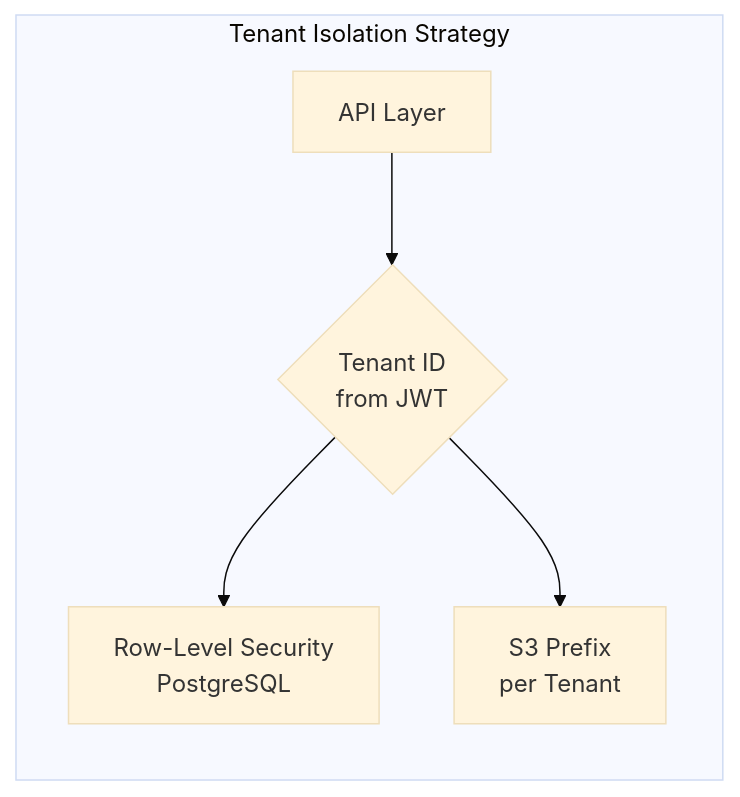
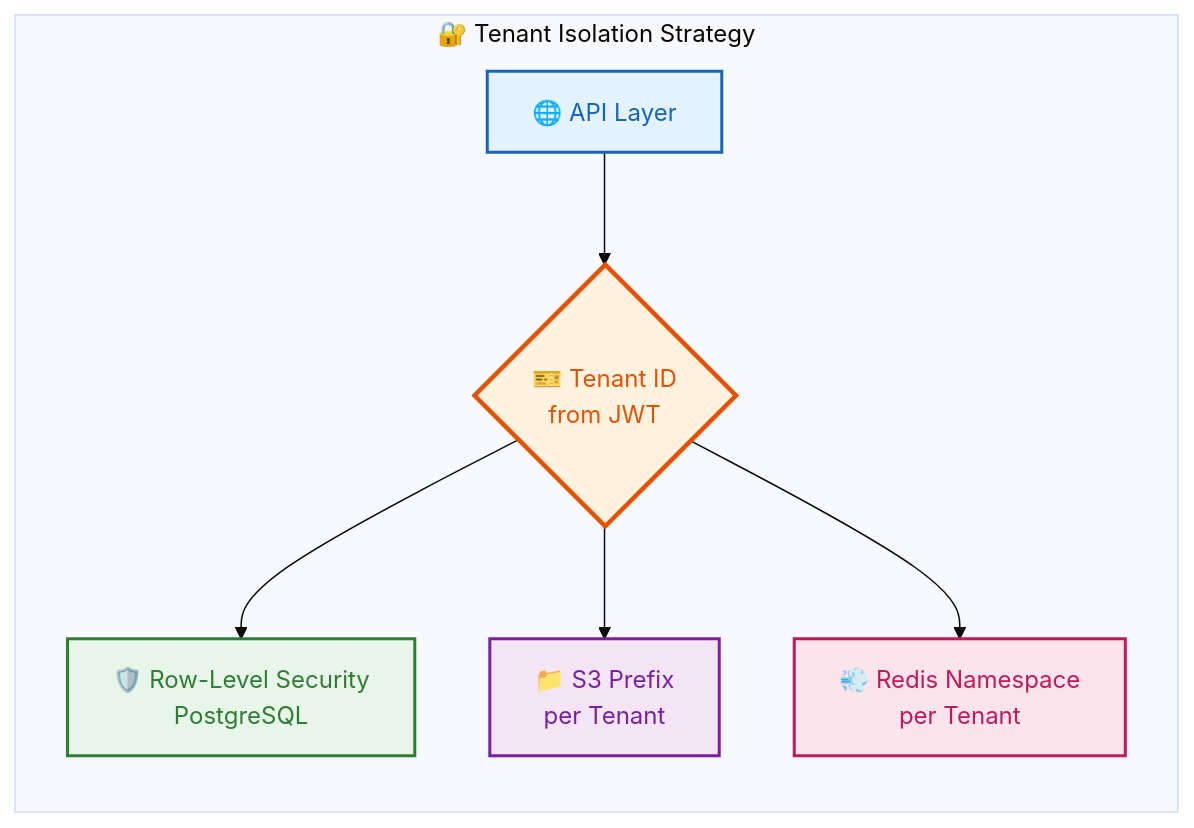
The second of 3 diagrams in docs/01-system-architecture/README.md (nugehs/ai-reclaim-m0), drawn with Mermaid (base theme) before and after one commit. The commit also changed other lines of this file and 12 other files, not shown here.

````diff
--- a/docs/01-system-architecture/README.md
+++ b/docs/01-system-architecture/README.md
@@ -206,8 +223,22 @@
 ```mermaid
 graph LR
-    subgraph "Tenant Isolation Strategy"
-        API[API Layer] --> TID{Tenant ID<br/>from JWT}
-        TID --> RLS[Row-Level Security<br/>PostgreSQL]
-        TID --> S3P[S3 Prefix<br/>per Tenant]
+    subgraph ISOLATION["🔐 Tenant Isolation Strategy"]
+        API[🌐 API Layer] --> TID{🎫 Tenant ID<br/>from JWT}
+        TID --> RLS[🛡️ Row-Level Security<br/>PostgreSQL]
+        TID --> S3P[📁 S3 Prefix<br/>per Tenant]
+        TID --> CACHE[💨 Redis Namespace<br/>per Tenant]
     end
+
+    %% Styling
+    classDef apiStyle fill:#e3f2fd,stroke:#1565c0,stroke-width:2px,color:#1565c0
+    classDef decisionStyle fill:#fff3e0,stroke:#e65100,stroke-width:3px,color:#e65100
+    classDef securityStyle fill:#e8f5e9,stroke:#2e7d32,stroke-width:2px,color:#2e7d32
+    classDef storageStyle fill:#f3e5f5,stroke:#7b1fa2,stroke-width:2px,color:#7b1fa2
+    classDef cacheStyle fill:#fce4ec,stroke:#c2185b,stroke-width:2px,color:#c2185b
+
+    class API apiStyle
+    class TID decisionStyle
+    class RLS securityStyle
+    class S3P storageStyle
+    class CACHE cacheStyle
 ```
````
